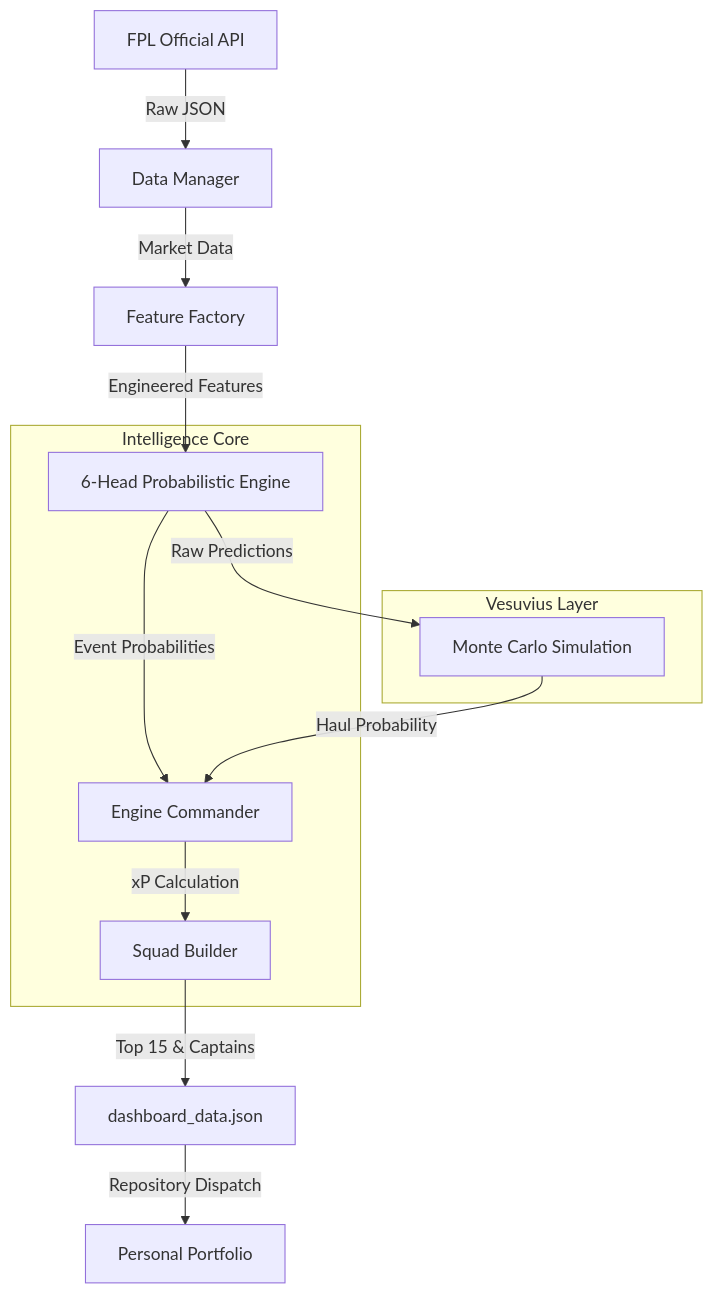
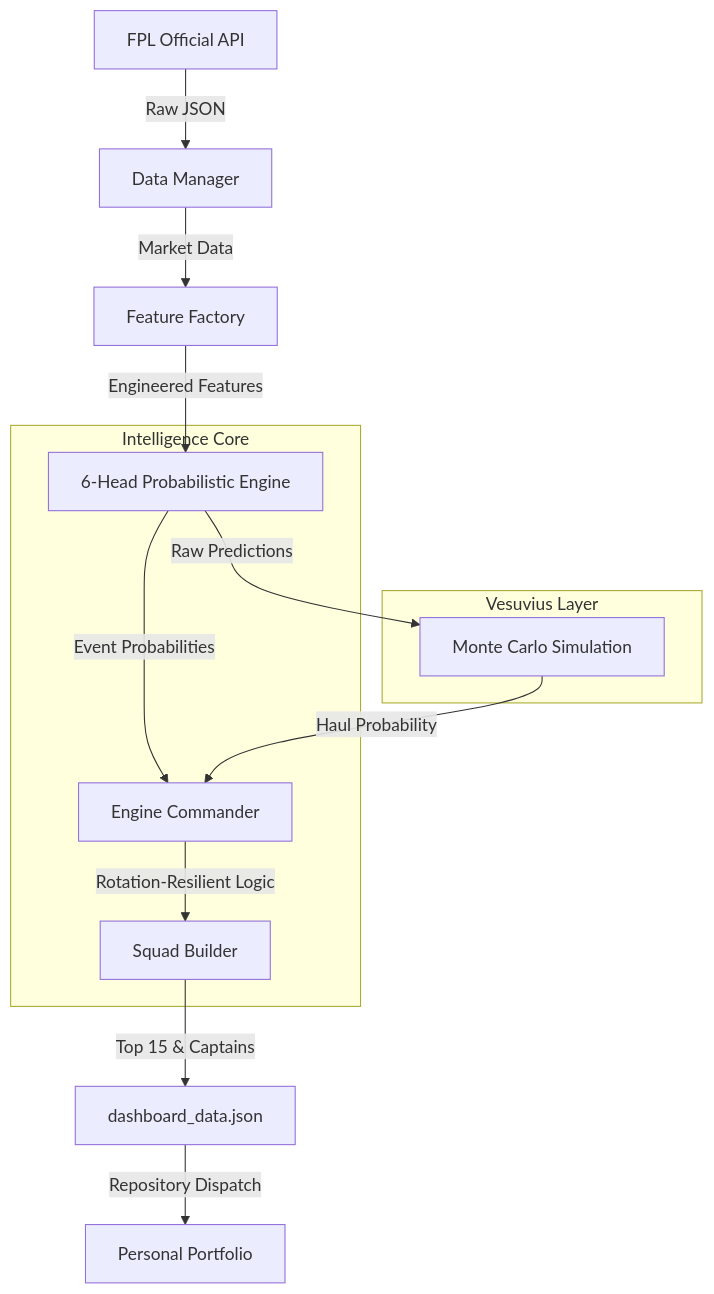
Before and after one commit to chriseyebagha/fantasy-premier-league: the diagram in SYSTEM_SPEC.md, drawn with Mermaid. The commit also changed other lines of this file and 3 other files, not shown here.

Commit message:
docs: update system documentation with rotation-resilience logic and assumptions

````diff
--- a/SYSTEM_SPEC.md
+++ b/SYSTEM_SPEC.md
@@ -14,19 +14,19 @@
 ```mermaid
 graph TD
     API[FPL Official API] -->|Raw JSON| DM[Data Manager]
     DM -->|Market Data| FF[Feature Factory]
     FF -->|Engineered Features| XGB[6-Head Probabilistic Engine]
     
     subgraph "Intelligence Core"
     XGB -->|Event Probabilities| CMD[Engine Commander]
-    CMD -->|xP Calculation| SB[Squad Builder]
+    CMD -->|Rotation-Resilient Logic| SB[Squad Builder]
     end
     
     SB -->|Top 15 & Captains| JSON[dashboard_data.json]
     JSON -->|Repository Dispatch| Portfolio[Personal Portfolio]
     
     subgraph "Vesuvius Layer"
     XGB -->|Raw Predictions| MC[Monte Carlo Simulation]
     MC -->|Haul Probability| CMD
     end
 ```
````
